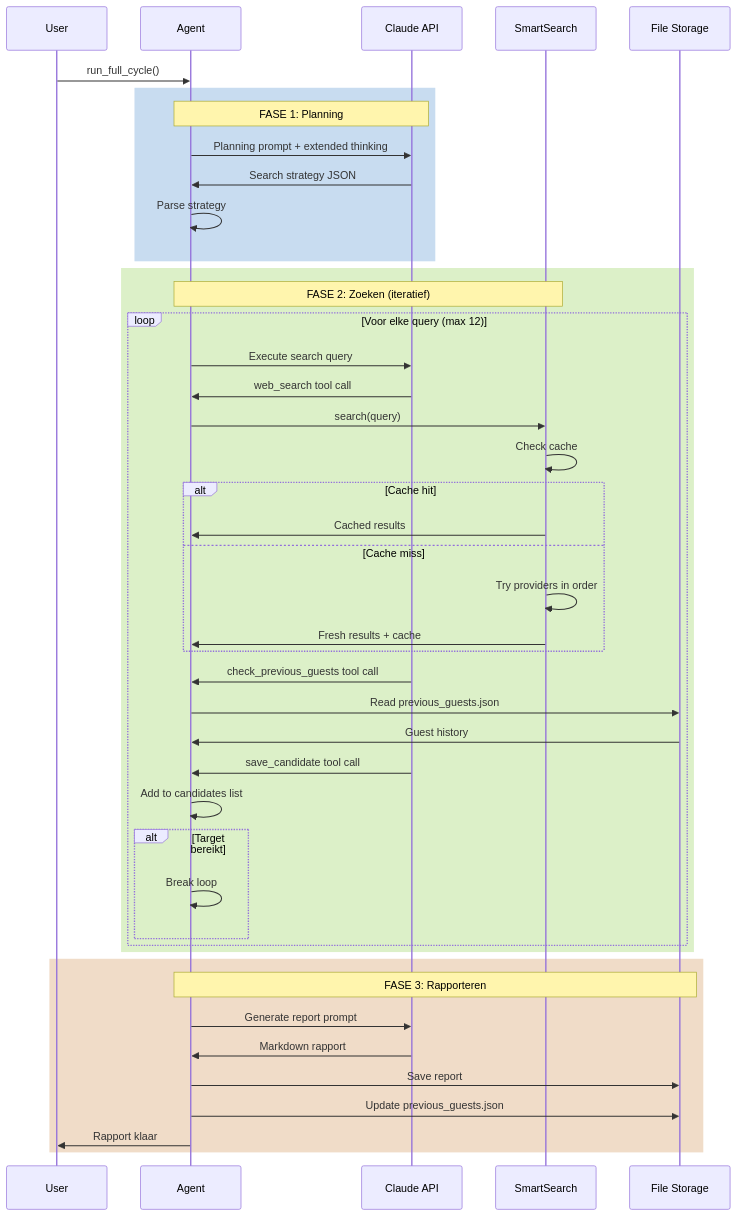
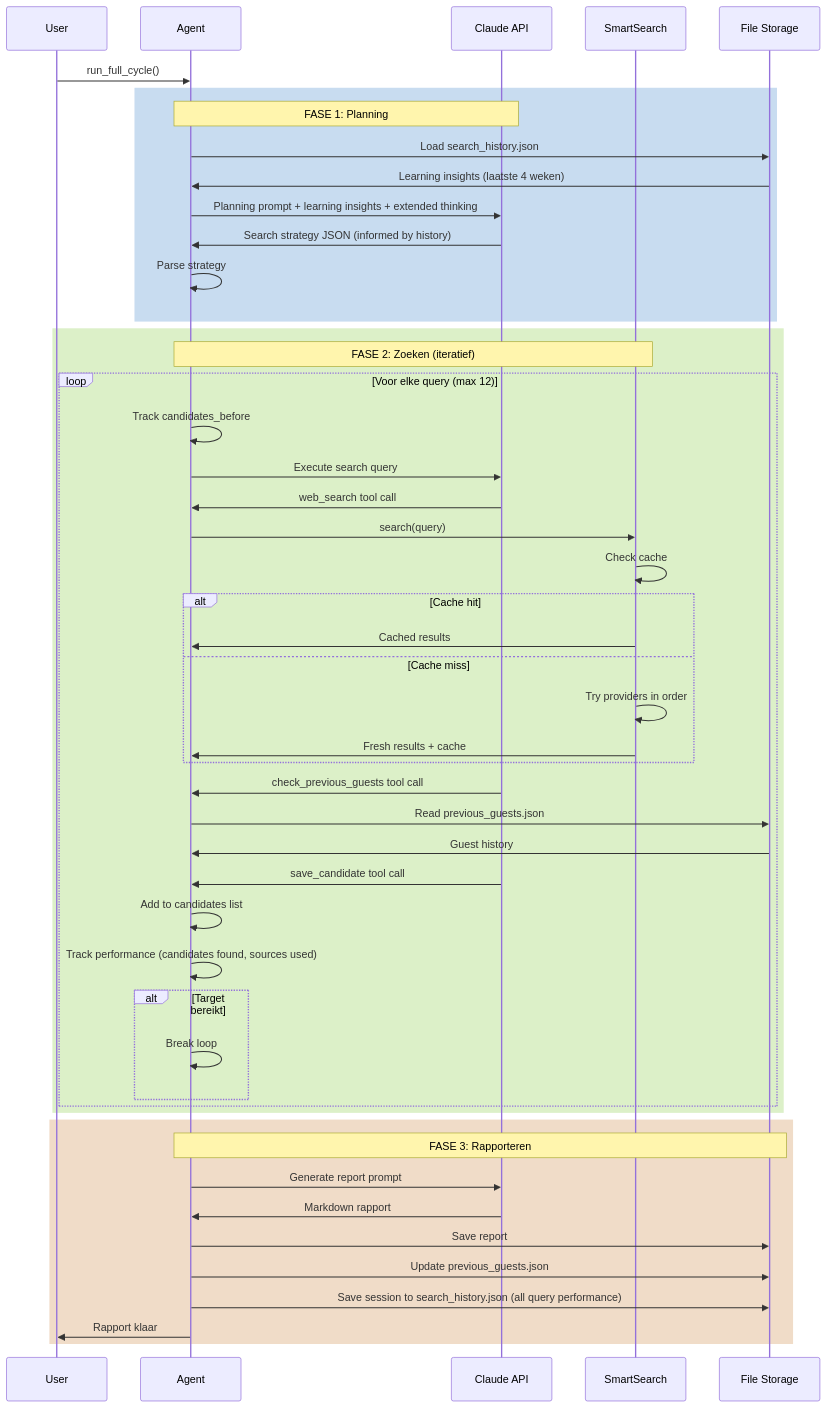
One commit to Joopsnijder/guest_search changed the fourth of 7 diagrams in docs/architecture.md. Above: the diagram before and after it, drawn with Mermaid. The commit also changed other lines of this file, not shown here.

First line of the commit message:
docs: Update architecture.md with learning system

````diff
--- a/docs/architecture.md
+++ b/docs/architecture.md
@@ -150,50 +160,55 @@
 ```mermaid
 sequenceDiagram
     participant U as User
     participant A as Agent
     participant C as Claude API
     participant S as SmartSearch
     participant FS as File Storage
 
     U->>A: run_full_cycle()
 
     rect rgb(200, 220, 240)
         Note over A,C: FASE 1: Planning
-        A->>C: Planning prompt + extended thinking
-        C->>A: Search strategy JSON
+        A->>FS: Load search_history.json
+        FS->>A: Learning insights (laatste 4 weken)
+        A->>C: Planning prompt + learning insights + extended thinking
+        C->>A: Search strategy JSON (informed by history)
         A->>A: Parse strategy
     end
 
     rect rgb(220, 240, 200)
         Note over A,S: FASE 2: Zoeken (iteratief)
         loop Voor elke query (max 12)
+            A->>A: Track candidates_before
             A->>C: Execute search query
             C->>A: web_search tool call
             A->>S: search(query)
             S->>S: Check cache
             alt Cache hit
                 S->>A: Cached results
             else Cache miss
                 S->>S: Try providers in order
                 S->>A: Fresh results + cache
             end
             C->>A: check_previous_guests tool call
             A->>FS: Read previous_guests.json
             FS->>A: Guest history
             C->>A: save_candidate tool call
             A->>A: Add to candidates list
+            A->>A: Track performance (candidates found, sources used)
             alt Target bereikt
                 A->>A: Break loop
             end
         end
     end
 
     rect rgb(240, 220, 200)
         Note over A,FS: FASE 3: Rapporteren
         A->>C: Generate report prompt
         C->>A: Markdown rapport
         A->>FS: Save report
         A->>FS: Update previous_guests.json
+        A->>FS: Save session to search_history.json (all query performance)
         A->>U: Rapport klaar
     end
 ```
````
